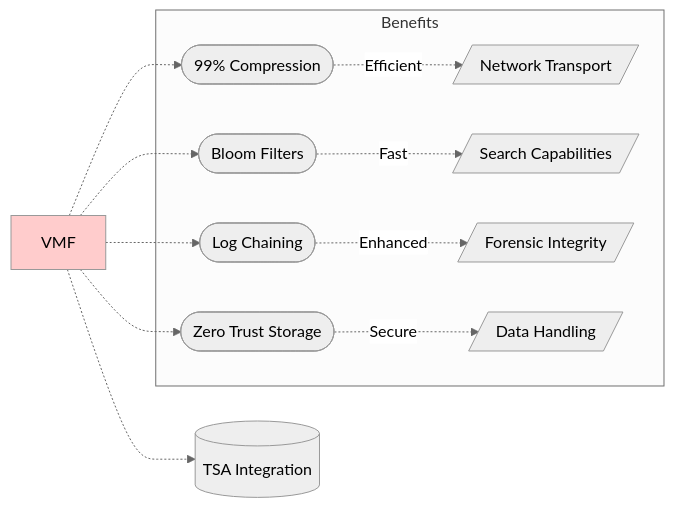
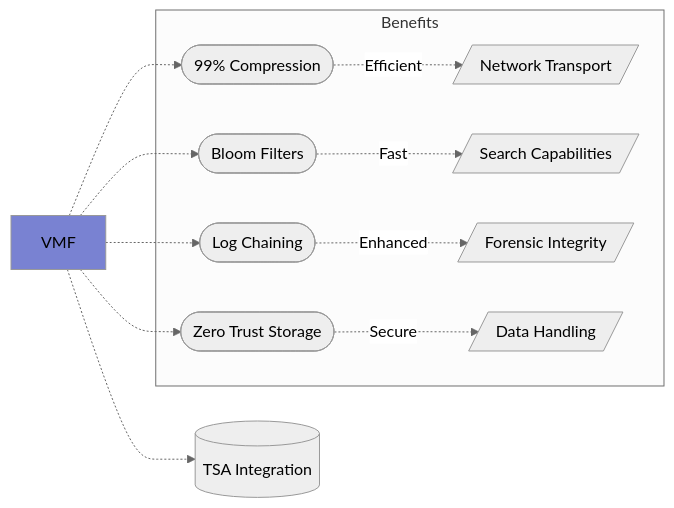
The fifth of 8 diagrams in docs/features.mdx (VirtualMetric/virtualmetric-docs), drawn with Mermaid (neutral theme) before and after one commit. The commit also changed other lines of this file and 1 other file, not shown here.

````diff
--- a/docs/features.mdx
+++ b/docs/features.mdx
@@ -219,19 +221,19 @@
 ```mermaid
 graph LR
     VMF[VMF]
     
     VMF -.-> Compression([99% Compression])
     VMF -.-> Storage([Zero Trust Storage])
     VMF -.-> Filters([Bloom Filters])
     VMF -.-> Chain([Log Chaining])
     VMF -.-> TSA[(TSA Integration)]
     
     subgraph Benefits
         Compression -.-> |Efficient| Transport[/Network Transport/]
         Filters -.-> |Fast| Search[/Search Capabilities/]
         Chain -.-> |Enhanced| Forensics[/Forensic Integrity/]
         Storage -.-> |Secure| DataHandling[/Data Handling/]
     end
     
-    style VMF fill:#FFCCCC
+    style VMF fill:#7982D2
 ```
````
